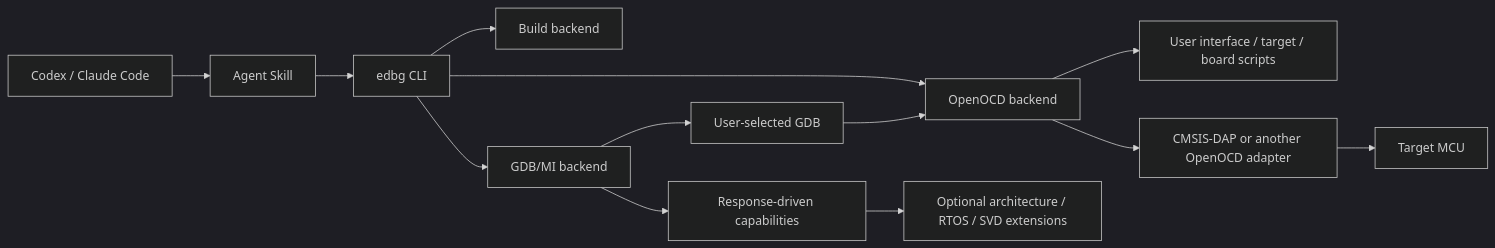
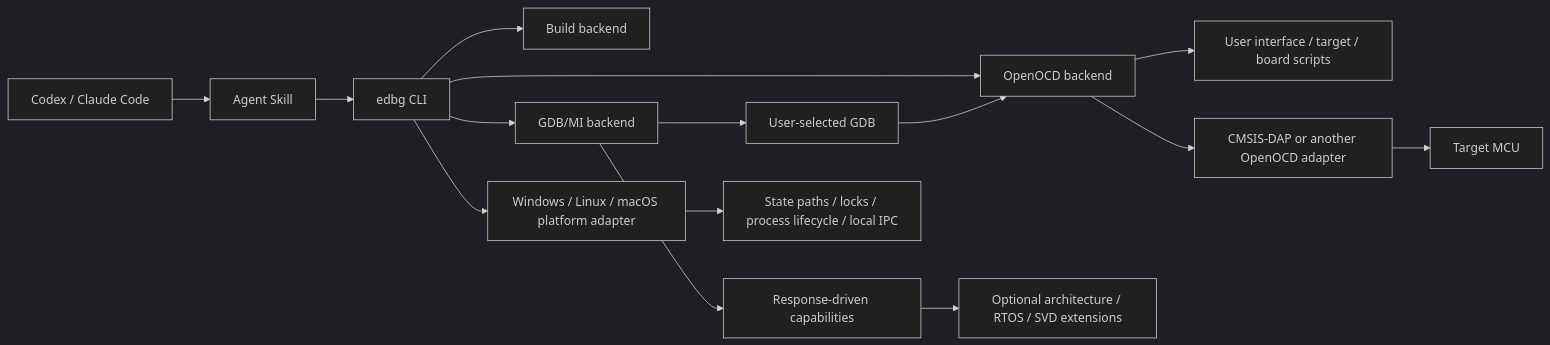
Before and after one commit to tangsangsimida/embedded-debug-skill: the diagram in README.md, drawn with Mermaid (dark theme). The commit also changed other lines of this file and 38 other files, not shown here.

````diff
--- a/README.md
+++ b/README.md
@@ -31,15 +38,17 @@
 ```mermaid
 flowchart LR
   Agent[Codex / Claude Code] --> Skill[Agent Skill]
   Skill --> CLI[edbg CLI]
   CLI --> Build[Build backend]
   CLI --> MI[GDB/MI backend]
   MI --> GDB[User-selected GDB]
   CLI --> OCD[OpenOCD backend]
   OCD --> Config[User interface / target / board scripts]
   GDB --> OCD
   OCD --> Adapter[CMSIS-DAP or another OpenOCD adapter]
   Adapter --> MCU[Target MCU]
   MI --> Caps[Response-driven capabilities]
   Caps --> Plugins[Optional architecture / RTOS / SVD extensions]
+  CLI --> Platform[Windows / Linux / macOS platform adapter]
+  Platform --> Runtime[State paths / locks / process lifecycle / local IPC]
 ```
````
